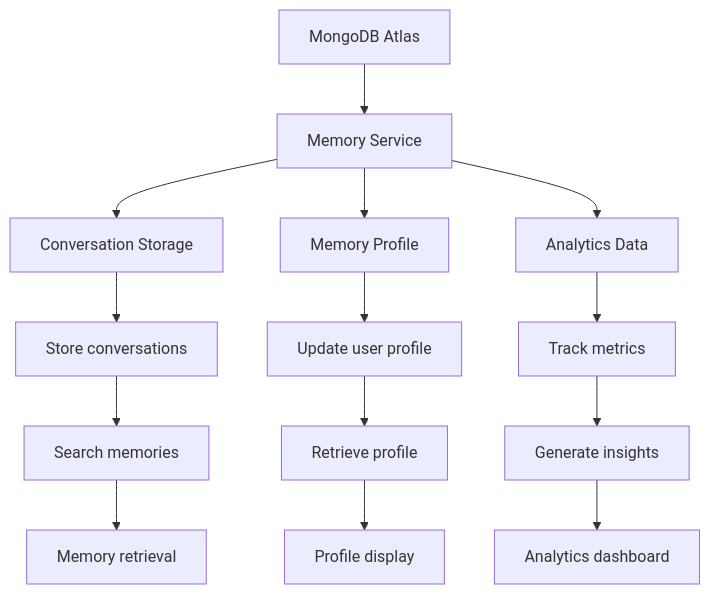
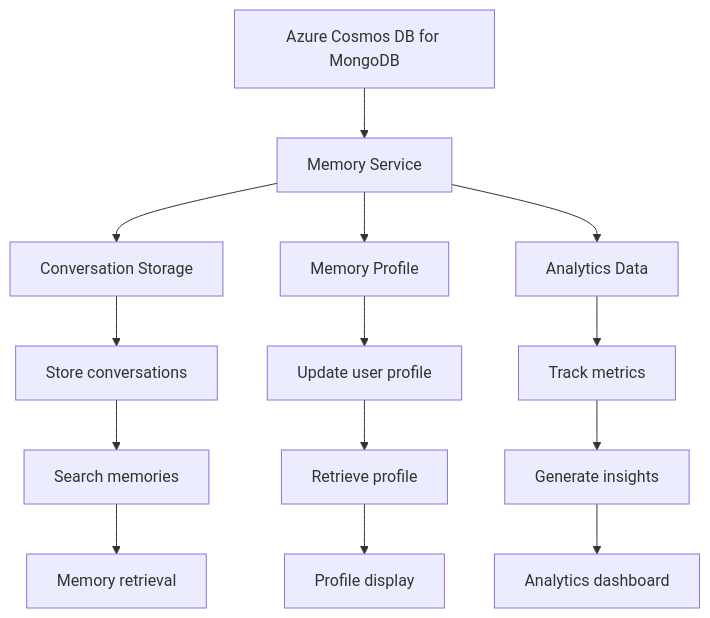
Before and after one commit to zimaxnet/orb-game: the fourth of 5 diagrams in backend-flow-diagram.md, drawn with Mermaid. The commit also changed other lines of this file and 17 other files, not shown here.

````diff
--- a/backend-flow-diagram.md
+++ b/backend-flow-diagram.md
@@ -176,19 +176,19 @@
 ```mermaid
 flowchart TD
-    A[MongoDB Atlas] --> B[Memory Service]
+    A[Azure Cosmos DB for MongoDB] --> B[Memory Service]
     B --> C[Conversation Storage]
     B --> D[Memory Profile]
     B --> E[Analytics Data]
     
     C --> F[Store conversations]
     D --> G[Update user profile]
     E --> H[Track metrics]
     
     F --> I[Search memories]
     G --> J[Retrieve profile]
     H --> K[Generate insights]
     
     I --> L[Memory retrieval]
     J --> M[Profile display]
     K --> N[Analytics dashboard]
 ```
````
